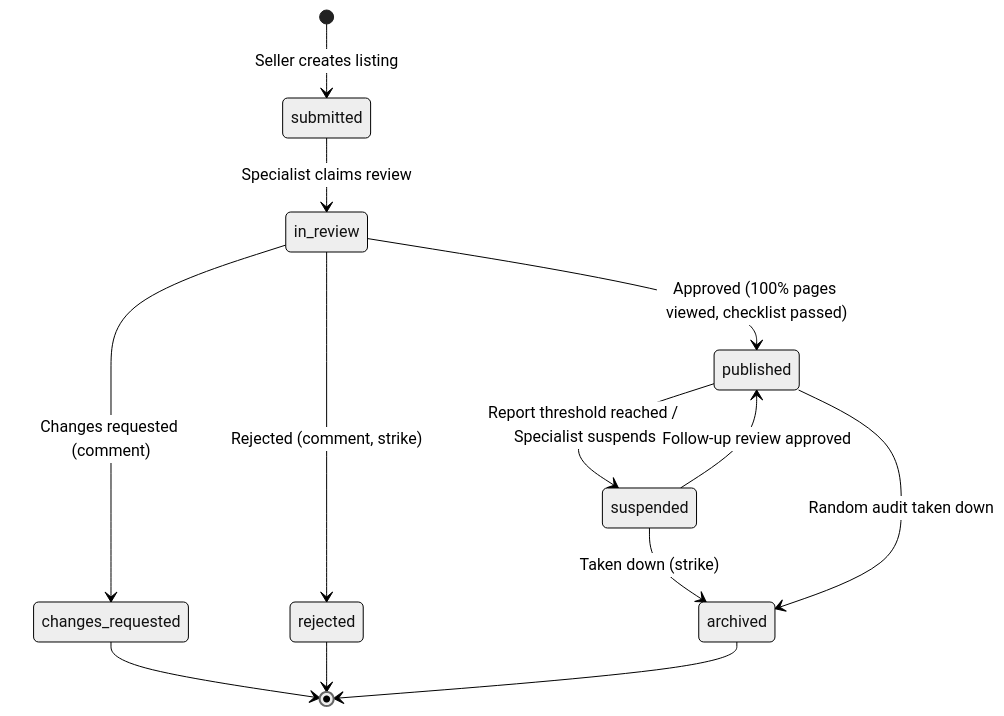
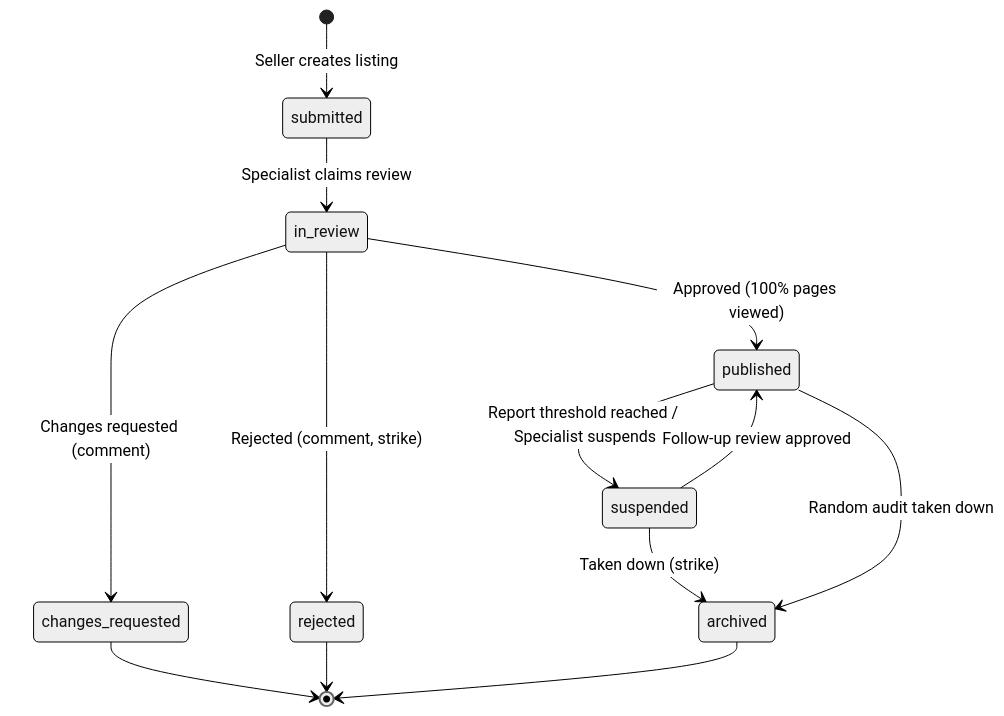
One commit to SEP490-GFA26SE186/BE changed the diagram in docs/diagrams/sdd/3.6-state-listing.mmd. Above: the diagram before and after it, drawn with Mermaid (neutral theme). The commit also changed 23 other files, not shown here.

Commit message:
Update diagrams and add new sequences for admin and analysis features; enhance class structures and use cases for better clarity and functionality.

```diff
--- a/docs/diagrams/sdd/3.6-state-listing.mmd
+++ b/docs/diagrams/sdd/3.6-state-listing.mmd
@@ -1,13 +1,13 @@
 stateDiagram-v2
   [*] --> submitted : Seller creates listing
   submitted --> in_review : Specialist claims review
-  in_review --> published : Approved (100% pages viewed, checklist passed)
+  in_review --> published : Approved (100% pages viewed)
   in_review --> changes_requested : Changes requested (comment)
   in_review --> rejected : Rejected (comment, strike)
   published --> suspended : Report threshold reached / Specialist suspends
   suspended --> published : Follow-up review approved
   suspended --> archived : Taken down (strike)
   published --> archived : Random audit taken down
   changes_requested --> [*]
   rejected --> [*]
   archived --> [*]
```
